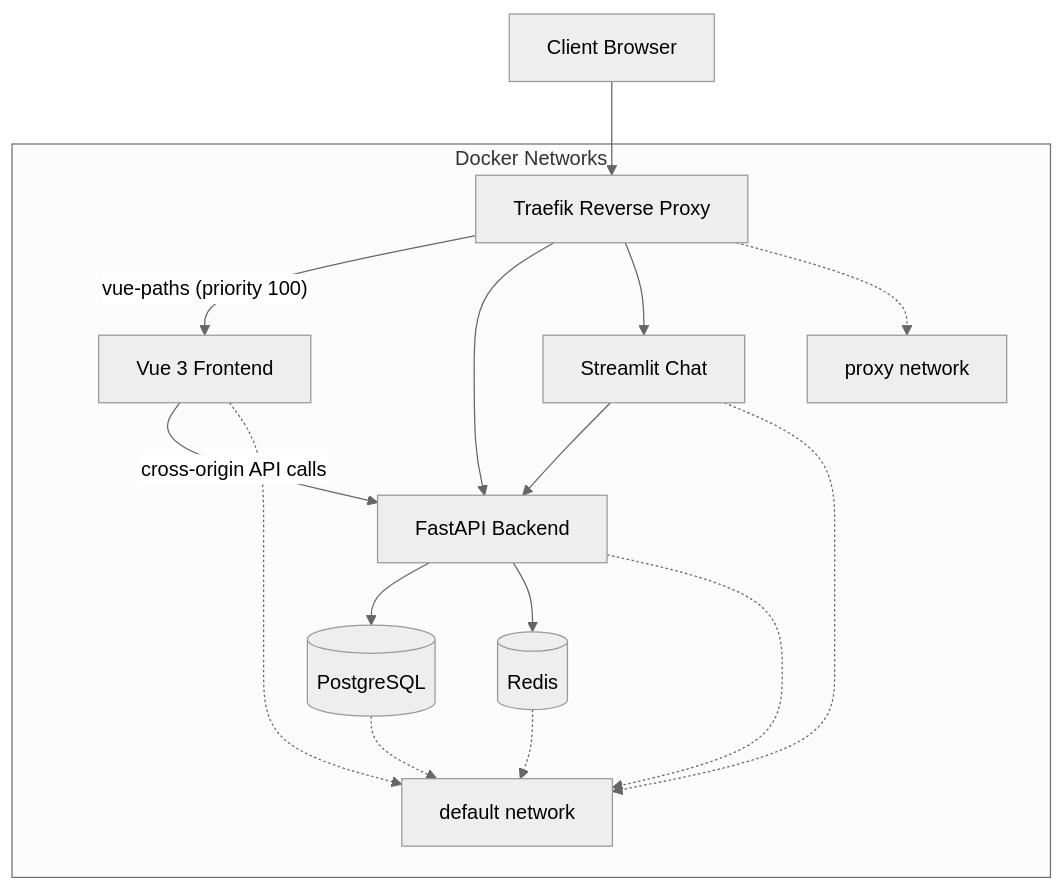
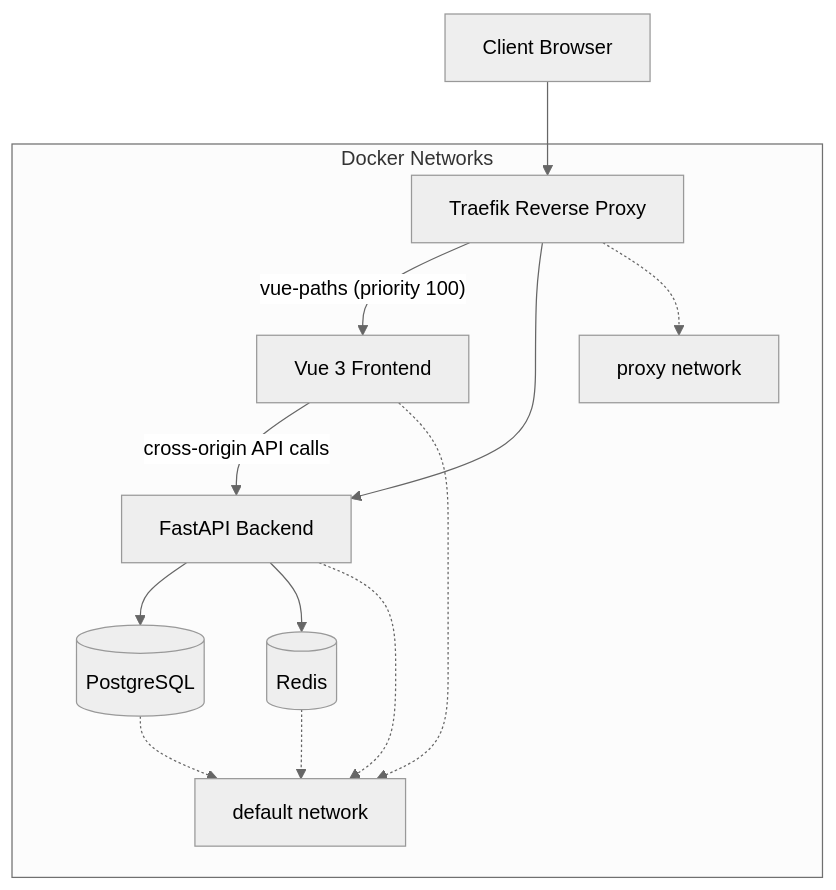
The diagram in docs/traefik-deployment.md (datapointchris/ichrisbirch), drawn with Mermaid (neutral theme) before and after one commit. The commit also changed other lines of this file and 98 other files, not shown here.

````diff
--- a/docs/traefik-deployment.md
+++ b/docs/traefik-deployment.md
@@ -112,20 +112,17 @@
 ```mermaid
 graph TB
     Client[Client Browser] --> Traefik[Traefik Reverse Proxy]
     Traefik -->|"vue-paths (priority 100)"| VUE[Vue 3 Frontend]
     Traefik --> API[FastAPI Backend]
-    Traefik --> CHAT[Streamlit Chat]
     VUE -->|"cross-origin API calls"| API
     API --> DB[(PostgreSQL)]
     API --> CACHE[(Redis)]
-    CHAT --> API
 
     subgraph "Docker Networks"
         Traefik -.-> PROXY[proxy network]
         API -.-> DEFAULT[default network]
         VUE -.-> DEFAULT
-        CHAT -.-> DEFAULT
         DB -.-> DEFAULT
         CACHE -.-> DEFAULT
     end
 ```
````
